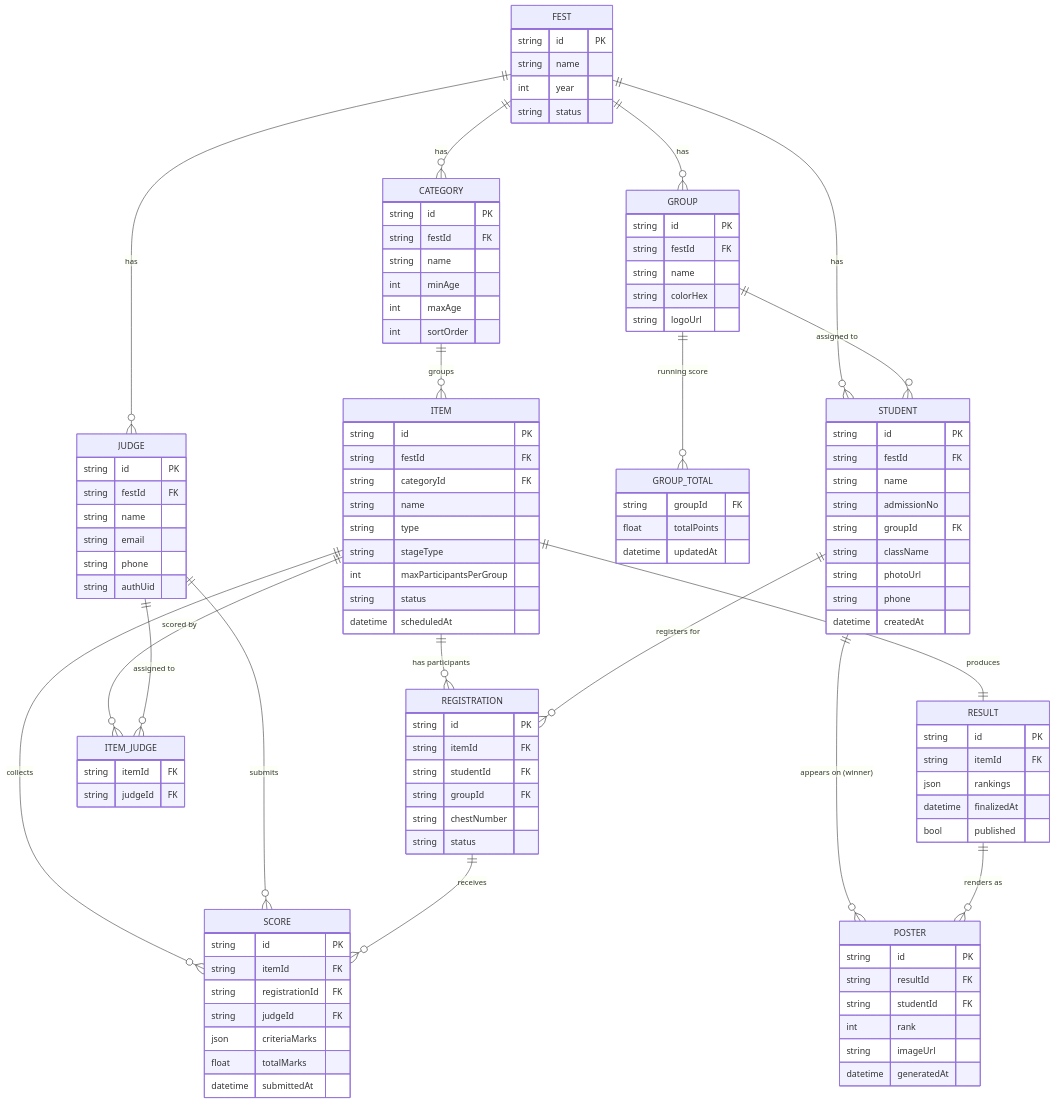
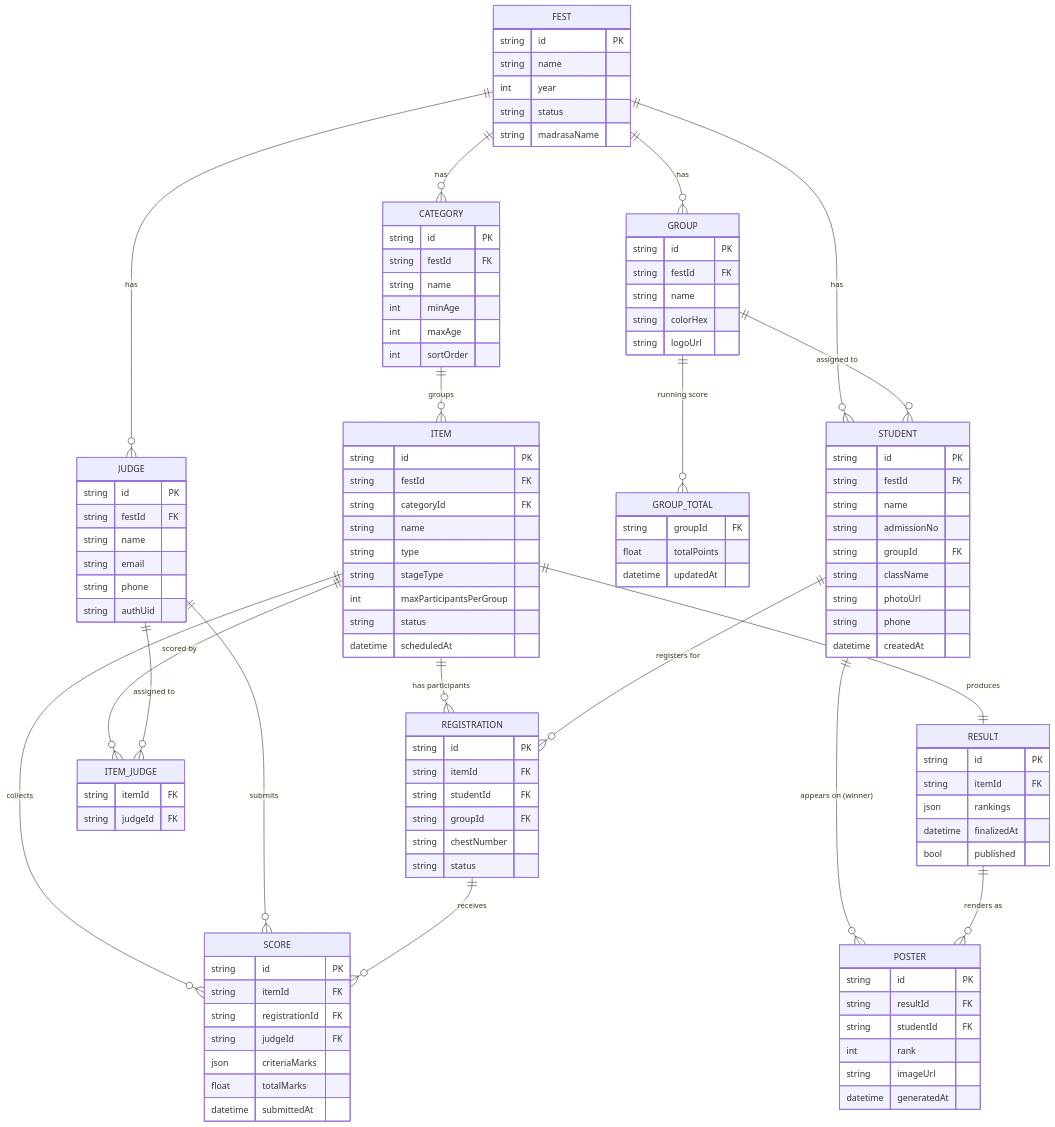
The diagram in docs/DATABASE_SCHEMA.md (abbaspirg/TodoList), drawn with Mermaid before and after one commit. The commit also changed other lines of this file and 8 other files, not shown here.

First line of the commit message:
Add a Madrasa name setting shown on posters instead of static branding

```diff
--- a/docs/DATABASE_SCHEMA.md
+++ b/docs/DATABASE_SCHEMA.md
@@ -38,6 +38,7 @@
         string name
         int year
         string status
+        string madrasaName
     }
     GROUP {
         string id PK
```
